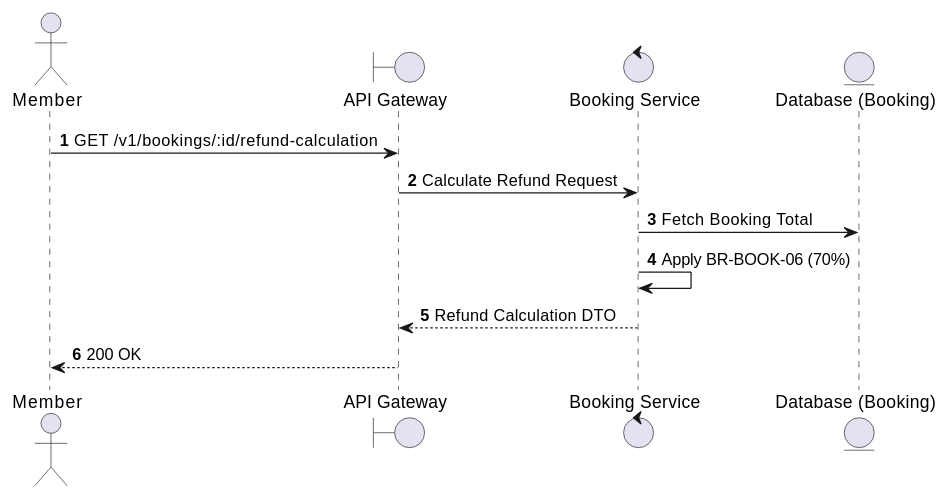
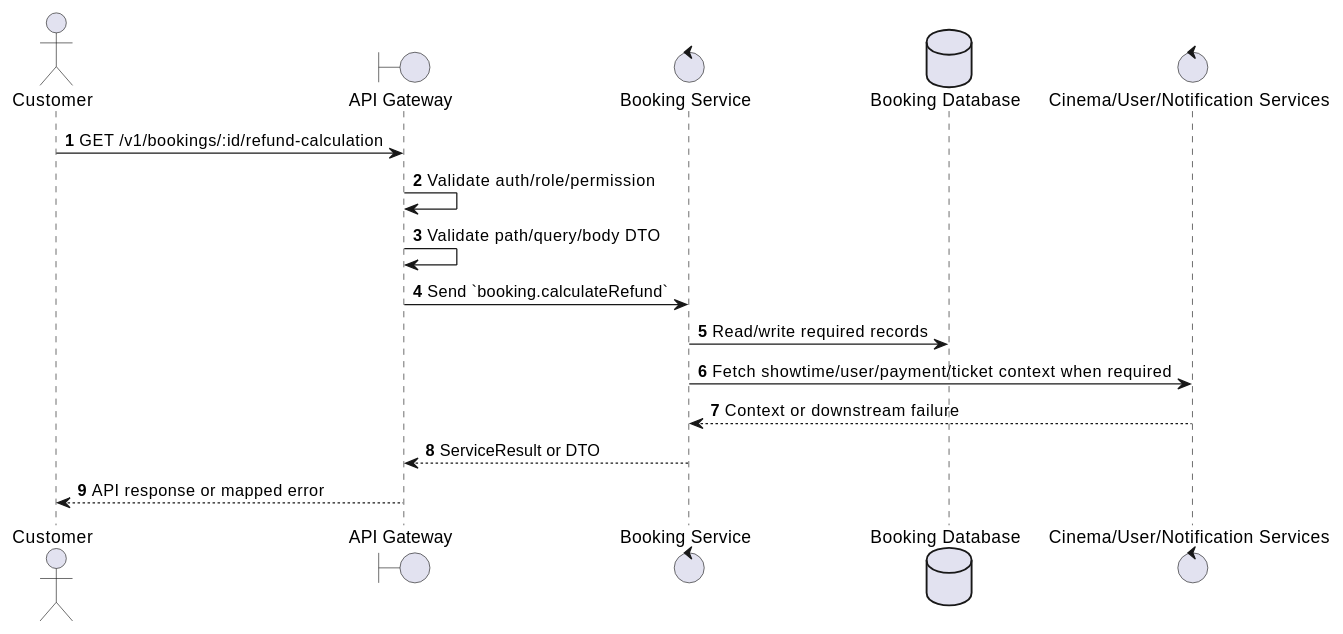
The first of 2 diagrams in docs/functional_specs/3.5.1_User_Booking_Operations/BK-08_Calculate_Refund.md (Tanh1603/movie-hub-architecture), drawn with PlantUML before and after one commit. The commit also changed other lines of this file and 126 other files, not shown here.

````diff
--- a/docs/functional_specs/3.5.1_User_Booking_Operations/BK-08_Calculate_Refund.md
+++ b/docs/functional_specs/3.5.1_User_Booking_Operations/BK-08_Calculate_Refund.md
@@ -17,16 +17,20 @@
 ```plantuml
 @startuml
 autonumber
-actor Member
+actor "Customer" as Actor
 boundary "API Gateway" as GW
-control "Booking Service" as BS
-entity "Database (Booking)" as DB
+control "Booking Service" as SVC
+database "Booking Database" as DB
+control "Cinema/User/Notification Services" as EXT
 
-Member -> GW: GET /v1/bookings/:id/refund-calculation
-GW -> BS: Calculate Refund Request
-BS -> DB: Fetch Booking Total
-BS -> BS: Apply BR-BOOK-06 (70%)
-BS --> GW: Refund Calculation DTO
-GW --> Member: 200 OK
+Actor -> GW: GET /v1/bookings/:id/refund-calculation
+GW -> GW: Validate auth/role/permission
+GW -> GW: Validate path/query/body DTO
+GW -> SVC: Send `booking.calculateRefund`
+SVC -> DB: Read/write required records
+SVC -> EXT: Fetch showtime/user/payment/ticket context when required
+EXT --> SVC: Context or downstream failure
+SVC --> GW: ServiceResult or DTO
+GW --> Actor: API response or mapped error
 @enduml
 ```
````
